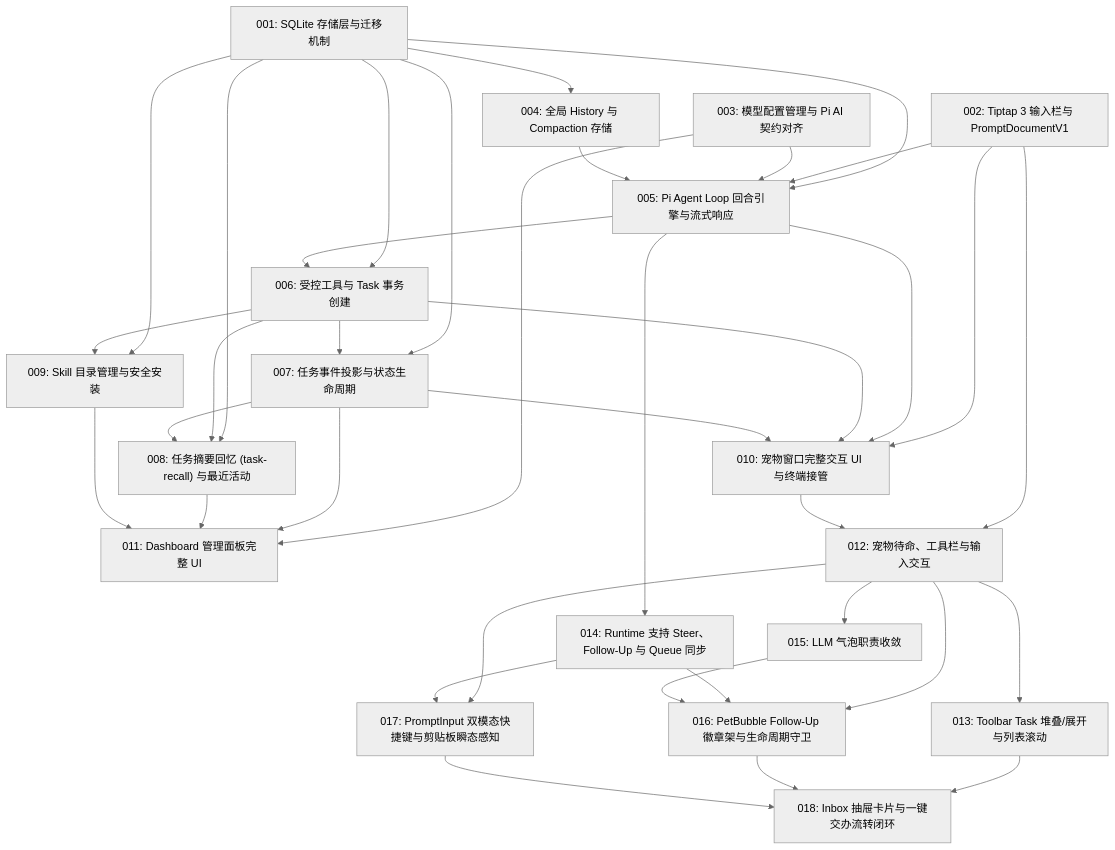
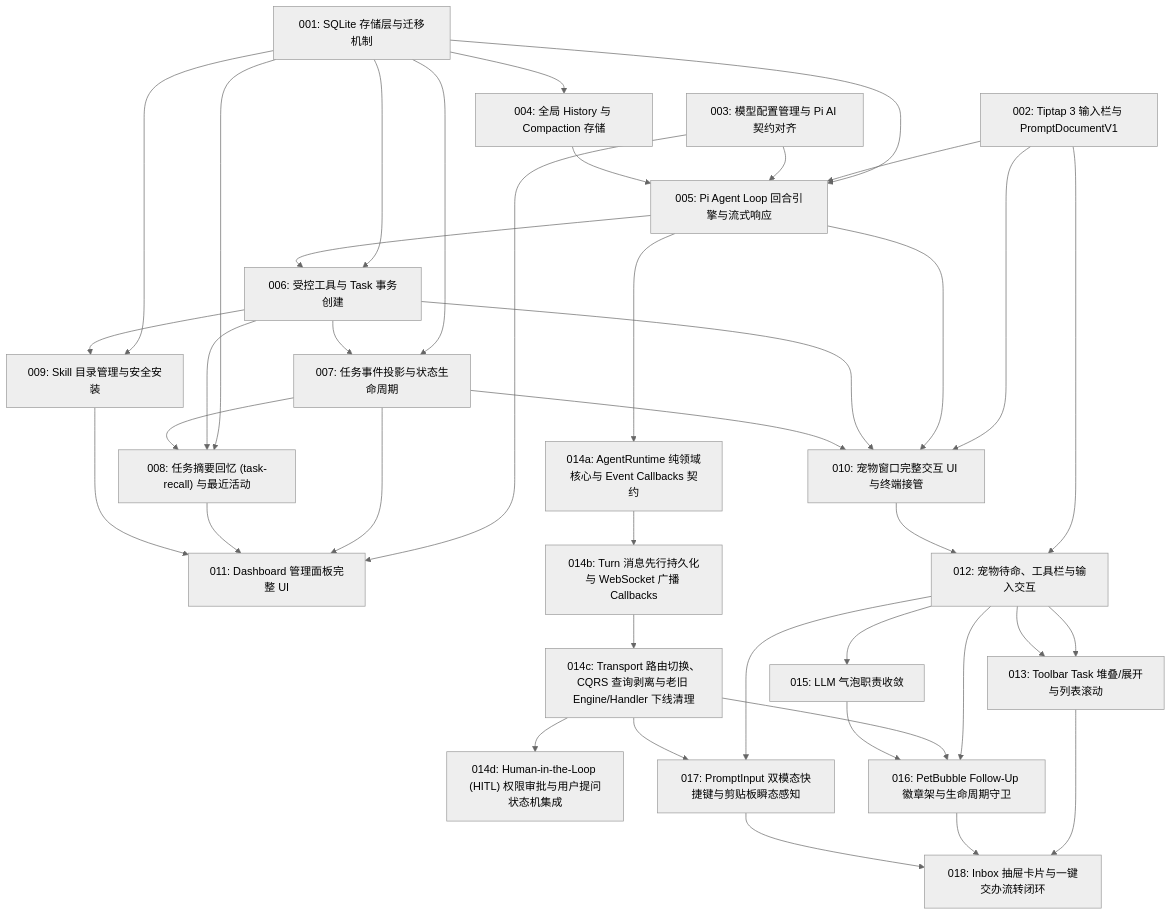
The diagram in docs/tickets/m2/README.md (edisonLzy/Rover), drawn with Mermaid (neutral theme) before and after one commit. The commit also changed other lines of this file and 6 other files, not shown here.

Commit message:
[文档] [2] 确立 ADR-0019 AgentRuntime 架构解耦与 Callbacks 规范并将 014 拆解为子工单

````diff
--- a/docs/tickets/m2/README.md
+++ b/docs/tickets/m2/README.md
@@ -12,66 +12,78 @@
 ```mermaid
 flowchart TD
   T001["001: SQLite 存储层与迁移机制"]
   T002["002: Tiptap 3 输入栏与 PromptDocumentV1"]
   T003["003: 模型配置管理与 Pi AI 契约对齐"]
 
   T004["004: 全局 History 与 Compaction 存储"]
   T001 --> T004
 
   T005["005: Pi Agent Loop 回合引擎与流式响应"]
   T001 --> T005
   T002 --> T005
   T003 --> T005
   T004 --> T005
 
 
   T006["006: 受控工具与 Task 事务创建"]
   T001 --> T006
   T005 --> T006
 
   T007["007: 任务事件投影与状态生命周期"]
   T001 --> T007
   T006 --> T007
 
   T008["008: 任务摘要回忆 (task-recall) 与最近活动"]
   T001 --> T008
   T006 --> T008
   T007 --> T008
 
   T009["009: Skill 目录管理与安全安装"]
   T001 --> T009
   T006 --> T009
 
   T010["010: 宠物窗口完整交互 UI 与终端接管"]
   T002 --> T010
   T005 --> T010
   T006 --> T010
   T007 --> T010
 
   T011["011: Dashboard 管理面板完整 UI"]
   T003 --> T011
   T007 --> T011
   T008 --> T011
   T009 --> T011
 
   T012["012: 宠物待命、工具栏与输入交互"]
   T002 --> T012
   T010 --> T012
   T013["013: Toolbar Task 堆叠/展开与列表滚动"]
   T012 --> T013
-  T014["014: Runtime 支持 Steer、Follow-Up 与 Queue 同步"]
-  T005 --> T014
+  T013["013: Toolbar Task 堆叠/展开与列表滚动"]
+  T012 --> T013
+
+  T014a["014a: AgentRuntime 纯领域核心与 Event Callbacks 契约"]
+  T005 --> T014a
+  T014b["014b: Turn 消息先行持久化与 WebSocket 广播 Callbacks"]
+  T014a --> T014b
+  T014c["014c: Transport 路由切换、CQRS 查询剥离与老旧 Engine/Handler 下线清理"]
+  T014b --> T014c
+
+  T014d["014d: Human-in-the-Loop (HITL) 权限审批与用户提问状态机集成"]
+  T014c --> T014d
+
   T015["015: LLM 气泡职责收敛"]
   T012 --> T015
+
   T016["016: PetBubble Follow-Up 徽章架与生命周期守卫"]
   T012 --> T016
-  T014 --> T016
+  T014c --> T016
   T015 --> T016
   T017["017: PromptInput 双模态快捷键与剪贴板瞬态感知"]
   T012 --> T017
-  T014 --> T017
+  T014c --> T017
   T018["018: Inbox 抽屉卡片与一键交办流转闭环"]
   T013 --> T018
   T016 --> T018
   T017 --> T018
 ```
````
